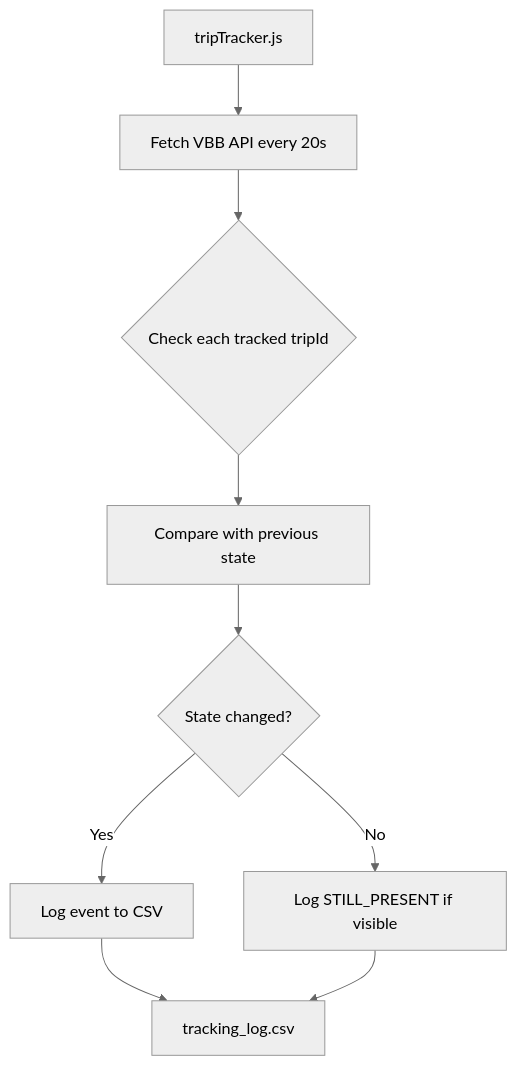
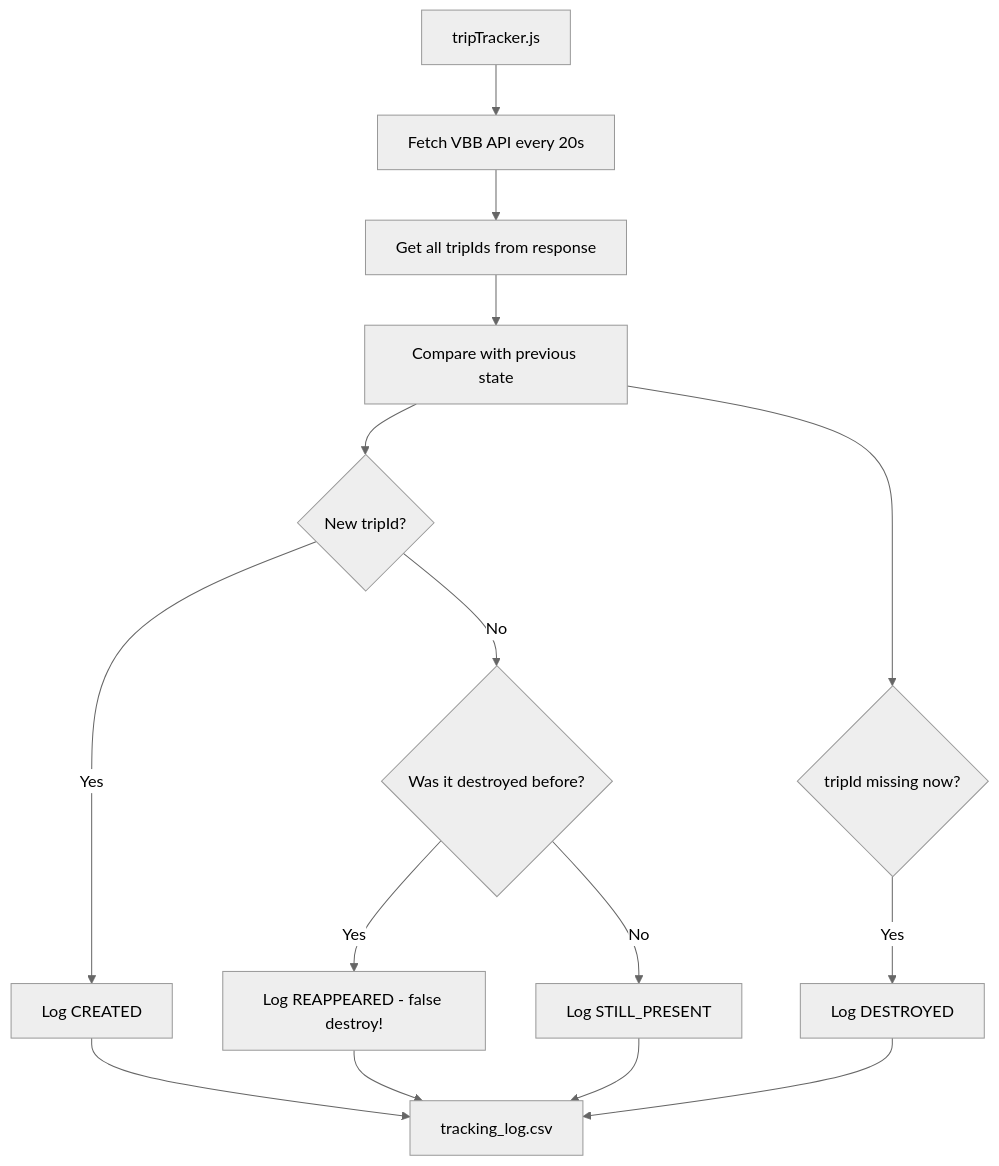
The diagram in plans/tripTracker-design.md (ayusuftatli/berlin-public-transport-map), drawn with Mermaid (neutral theme) before and after one commit. The commit also changed other lines of this file and 4 other files, not shown here.

````diff
--- a/plans/tripTracker-design.md
+++ b/plans/tripTracker-design.md
@@ -17,11 +22,17 @@
 ```mermaid
 flowchart TD
     A[tripTracker.js] --> B[Fetch VBB API every 20s]
-    B --> C{Check each tracked tripId}
+    B --> C[Get all tripIds from response]
     C --> D[Compare with previous state]
-    D --> E{State changed?}
-    E -->|Yes| F[Log event to CSV]
-    E -->|No| G[Log STILL_PRESENT if visible]
-    F --> H[tracking_log.csv]
-    G --> H
+    D --> E{New tripId?}
+    E -->|Yes| F[Log CREATED]
+    E -->|No| G{Was it destroyed before?}
+    G -->|Yes| H[Log REAPPEARED - false destroy!]
+    G -->|No| I[Log STILL_PRESENT]
+    D --> J{tripId missing now?}
+    J -->|Yes| K[Log DESTROYED]
+    F --> L[tracking_log.csv]
+    H --> L
+    I --> L
+    K --> L
 ```
````
